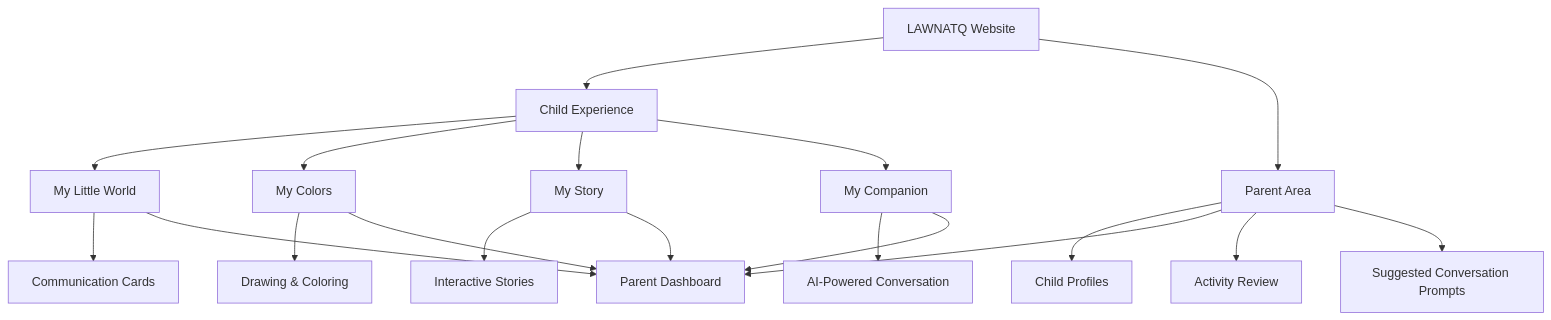
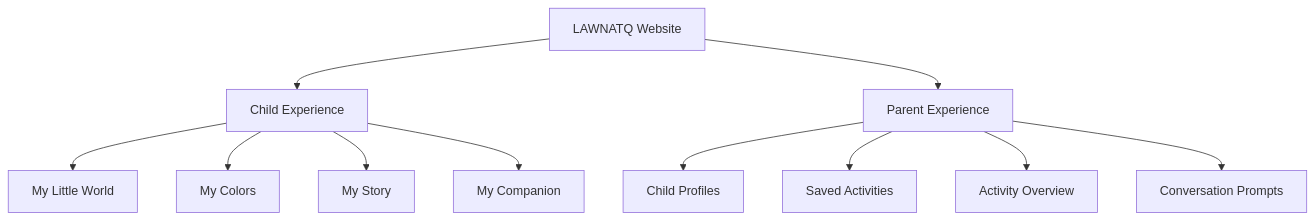
The first of 2 diagrams in README.md (Jawaherkalhoqish/lawnatq), drawn with Mermaid before and after one commit. The commit also changed other lines of this file, not shown here.

````diff
--- a/README.md
+++ b/README.md
@@ -87,25 +48,15 @@
 ```mermaid
 flowchart TD
     A["LAWNATQ Website"] --> B["Child Experience"]
-    A --> C["Parent Area"]
+    A --> C["Parent Experience"]
 
     B --> D["My Little World"]
     B --> E["My Colors"]
     B --> F["My Story"]
     B --> G["My Companion"]
 
-    D --> H["Communication Cards"]
-    E --> I["Drawing & Coloring"]
-    F --> J["Interactive Stories"]
-    G --> K["AI-Powered Conversation"]
-
-    C --> L["Child Profiles"]
-    C --> M["Parent Dashboard"]
-    C --> N["Activity Review"]
-    C --> O["Suggested Conversation Prompts"]
-
-    D --> M
-    E --> M
-    F --> M
-    G --> M
+    C --> H["Child Profiles"]
+    C --> I["Saved Activities"]
+    C --> J["Activity Overview"]
+    C --> K["Conversation Prompts"]
 ```
````
